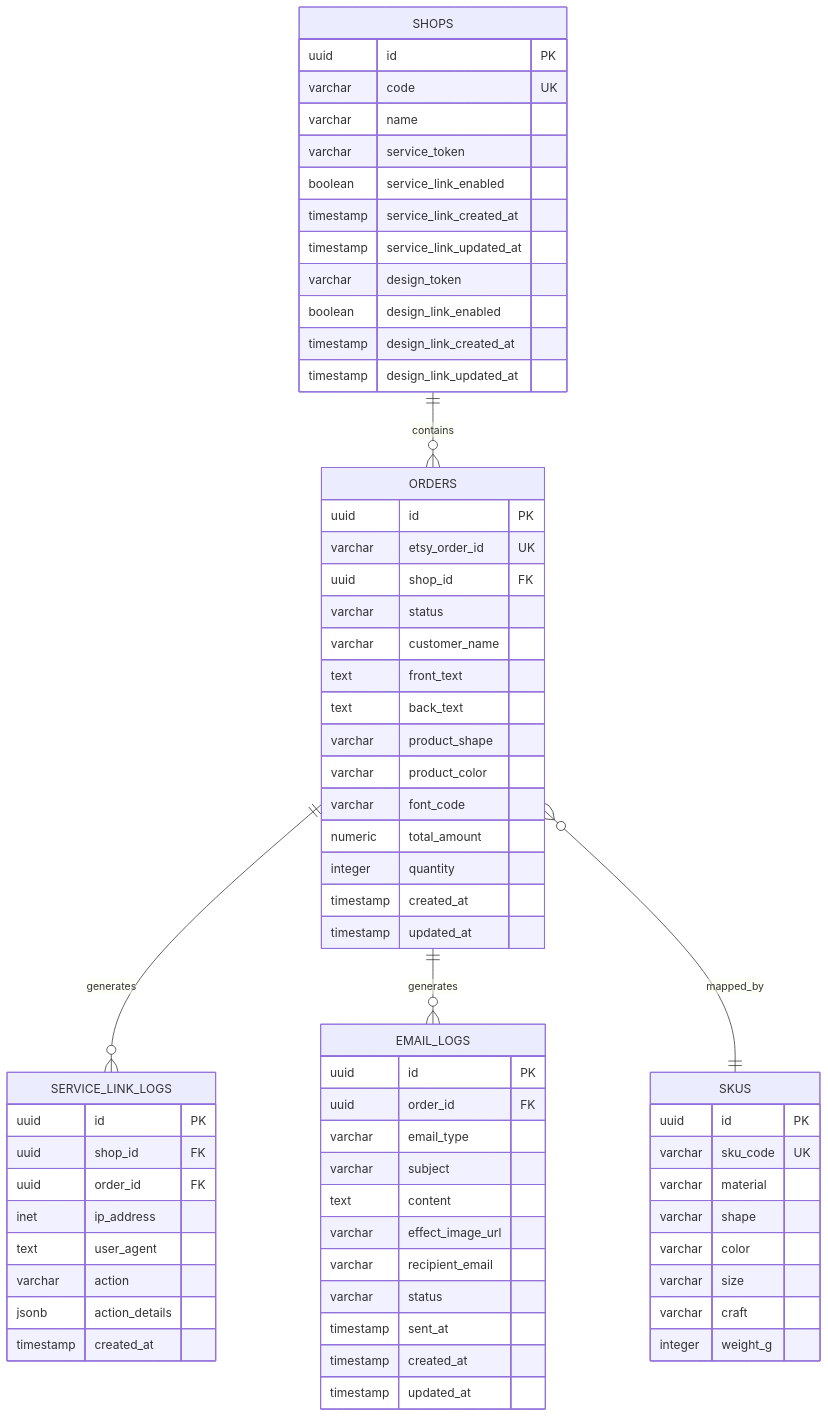
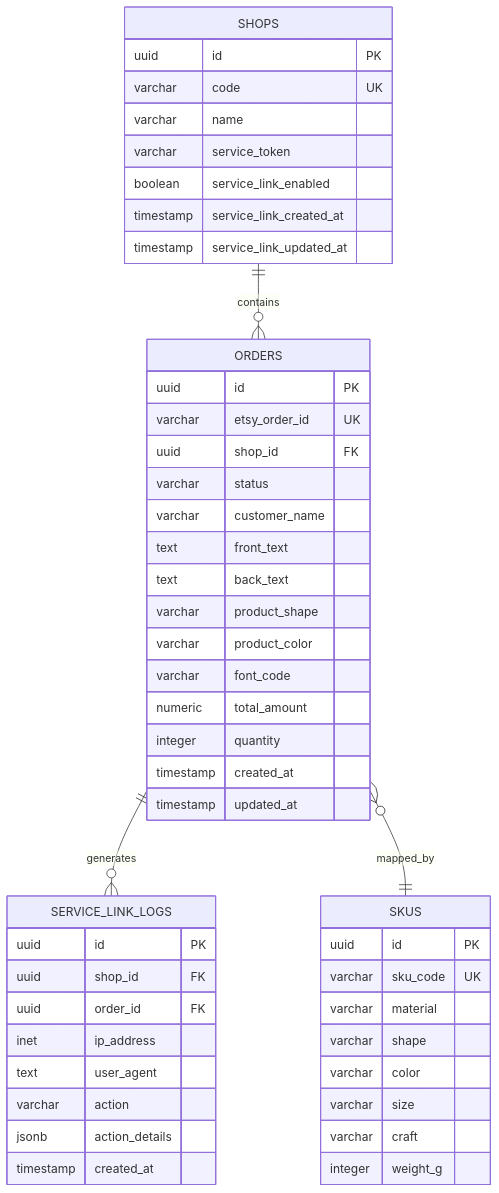
The sixth of 12 diagrams in .qoder/repowiki/zh/content/开发指南/客服外链双链接系统.md (SY6621/POD-Order-Management), drawn with Mermaid before and after one commit. The commit also changed other lines of this file and 7 other files, not shown here.

````diff
--- a/.qoder/repowiki/zh/content/开发指南/客服外链双链接系统.md
+++ b/.qoder/repowiki/zh/content/开发指南/客服外链双链接系统.md
@@ -366,69 +342,51 @@
 ```mermaid
 erDiagram
 SHOPS {
 uuid id PK
 varchar code UK
 varchar name
 varchar service_token
 boolean service_link_enabled
 timestamp service_link_created_at
 timestamp service_link_updated_at
-varchar design_token
-boolean design_link_enabled
-timestamp design_link_created_at
-timestamp design_link_updated_at
 }
 ORDERS {
 uuid id PK
 varchar etsy_order_id UK
 uuid shop_id FK
 varchar status
 varchar customer_name
 text front_text
 text back_text
 varchar product_shape
 varchar product_color
 varchar font_code
 numeric total_amount
 integer quantity
 timestamp created_at
 timestamp updated_at
 }
 SERVICE_LINK_LOGS {
 uuid id PK
 uuid shop_id FK
 uuid order_id FK
 inet ip_address
 text user_agent
 varchar action
 jsonb action_details
 timestamp created_at
 }
-EMAIL_LOGS {
-uuid id PK
-uuid order_id FK
-varchar email_type
-varchar subject
-text content
-varchar effect_image_url
-varchar recipient_email
-varchar status
-timestamp sent_at
-timestamp created_at
-timestamp updated_at
-}
 SKUS {
 uuid id PK
 varchar sku_code UK
 varchar material
 varchar shape
 varchar color
 varchar size
 varchar craft
 integer weight_g
 }
 SHOPS ||--o{ ORDERS : "contains"
 ORDERS ||--o{ SERVICE_LINK_LOGS : "generates"
-ORDERS ||--o{ EMAIL_LOGS : "generates"
 ORDERS }o--|| SKUS : "mapped_by"
 ```
````
